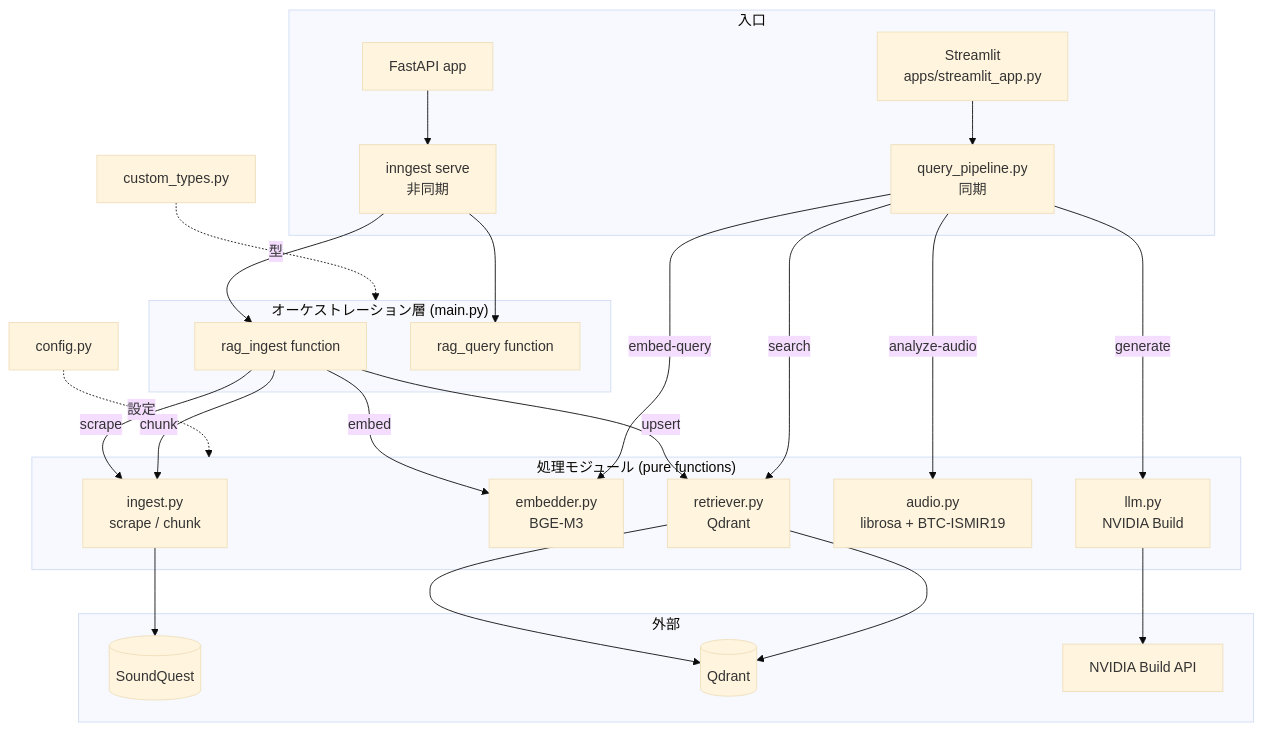
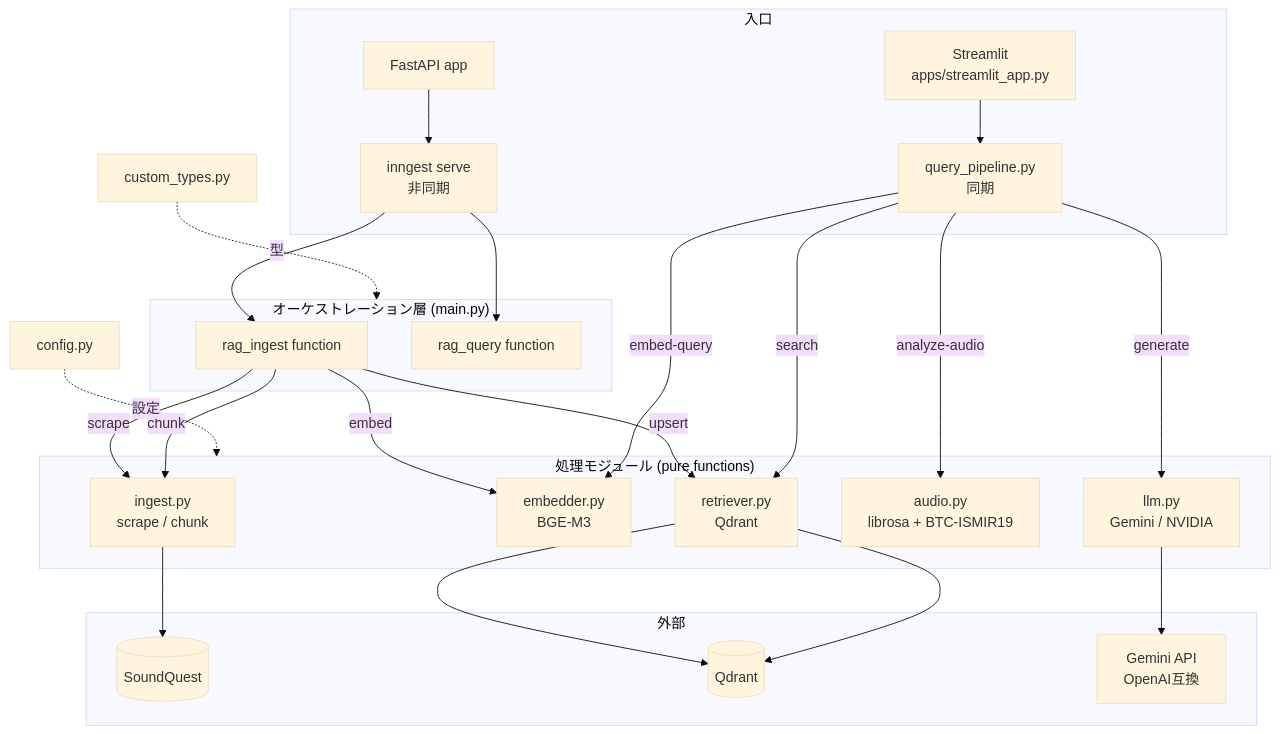
One commit to t3-sketch/RAG_Music_Tutor changed the diagram in README.md. Above: the diagram before and after it, drawn with Mermaid (base theme). The commit also changed other lines of this file, not shown here.

````diff
--- a/README.md
+++ b/README.md
@@ -140,42 +181,42 @@
 ```mermaid
 flowchart TD
     subgraph entry["入口"]
         ST[Streamlit<br/>apps/streamlit_app.py] --> QP[query_pipeline.py<br/>同期]
         FA[FastAPI app] --> ING[inngest serve<br/>非同期]
     end
 
     subgraph orch["オーケストレーション層 (main.py)"]
         RI[rag_ingest function]
         RQ[rag_query function]
     end
 
     subgraph proc["処理モジュール (pure functions)"]
         ingest[ingest.py<br/>scrape / chunk]
         embedder[embedder.py<br/>BGE-M3]
         retriever[retriever.py<br/>Qdrant]
         audio[audio.py<br/>librosa + BTC-ISMIR19]
-        llm[llm.py<br/>NVIDIA Build]
+        llm[llm.py<br/>Gemini / NVIDIA]
     end
 
     subgraph ext["外部"]
         SQ[(SoundQuest)]
         QD[(Qdrant)]
-        GM[NVIDIA Build API]
+        GM[Gemini API<br/>OpenAI互換]
     end
 
     ING --> RI
     ING --> RQ
 
     RI -->|scrape| ingest --> SQ
     RI -->|chunk| ingest
     RI -->|embed| embedder
     RI -->|upsert| retriever --> QD
 
     QP -->|embed-query| embedder
     QP -->|search| retriever --> QD
     QP -->|analyze-audio| audio
     QP -->|generate| llm --> GM
 
     config[config.py] -.設定.-> proc
     types[custom_types.py] -.型.-> orch
 ```
````
